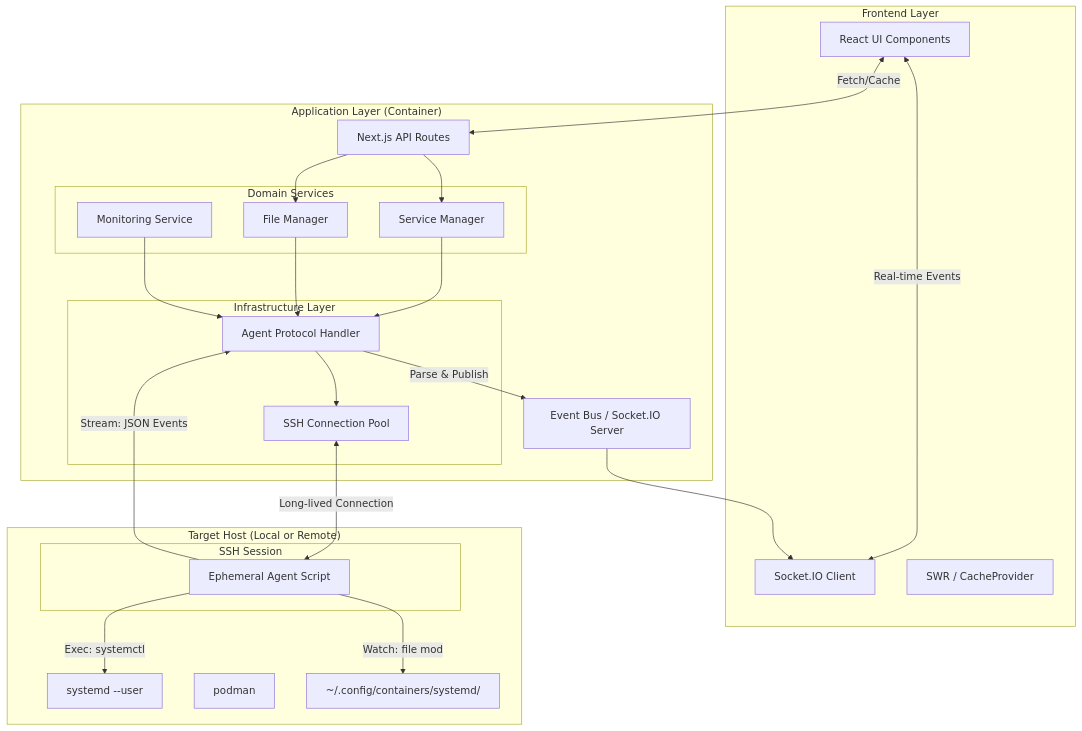
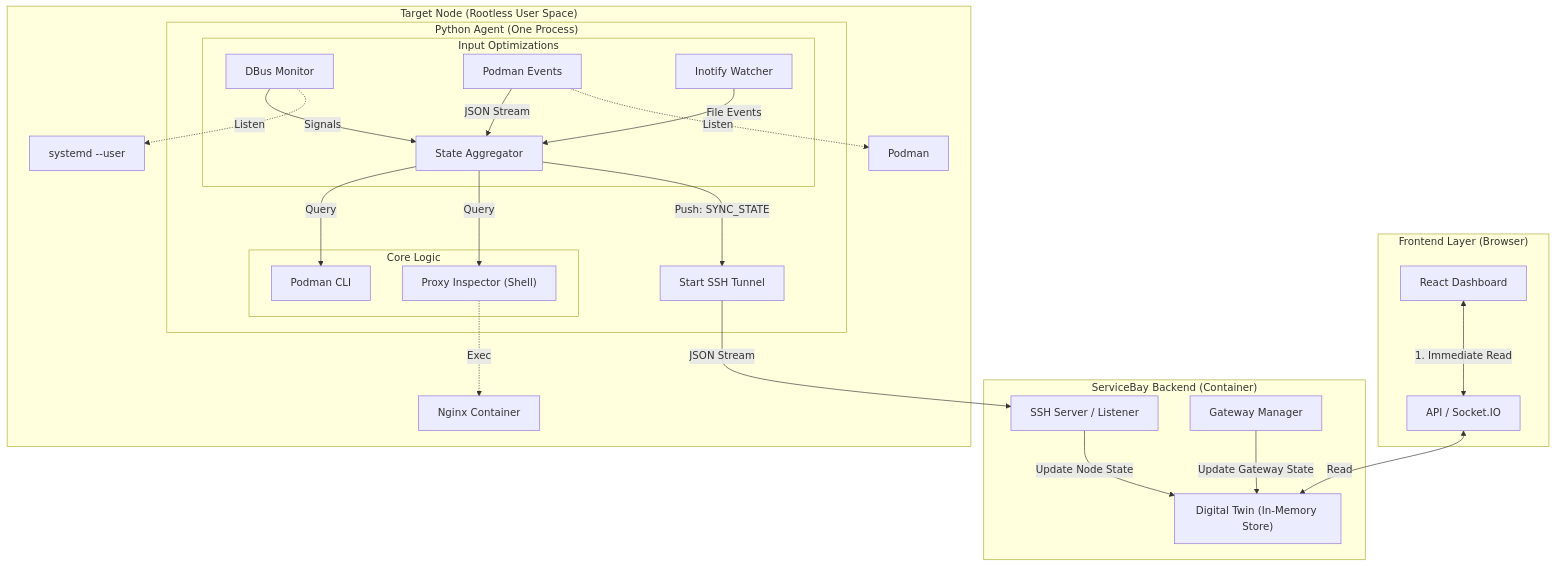
One commit to mdopp/servicebay changed the first of 2 diagrams in ARCHITECTURE.md. Above: the diagram before and after it, drawn with Mermaid. The commit also changed other lines of this file and 65 other files, not shown here.

First line of the commit message:
feat(v4.1): finalize reactive digital twin architecture

````diff
--- a/ARCHITECTURE.md
+++ b/ARCHITECTURE.md
@@ -19,52 +18,42 @@
 ```mermaid
 graph TD
-    subgraph "Frontend Layer"
-        UI[React UI Components]
-        SocketClient[Socket.IO Client]
-        Cache[SWR / CacheProvider]
+    subgraph "Frontend Layer (Browser)"
+        UI[React Dashboard]
+        API[API / Socket.IO]
+        
+        UI <-->|1. Immediate Read| API
     end
 
-    subgraph "Application Layer (Container)"
-        API[Next.js API Routes]
-        EventBus[Event Bus / Socket.IO Server]
+    subgraph "ServiceBay Backend (Container)"
+        API <-->|Read| StateStore["Digital Twin (In-Memory Store)"]
         
-        subgraph "Domain Services"
-            SvcMgr[Service Manager]
-            FileMgr[File Manager]
-            Monitor[Monitoring Service]
-        end
-
-        subgraph "Infrastructure Layer"
-            Pool[SSH Connection Pool]
-            AgentHandler[Agent Protocol Handler]
-        end
+        SSH_Server[SSH Server / Listener] -->|Update Node State| StateStore
+        GatewayPoller[Gateway Manager] -->|Update Gateway State| StateStore
     end
 
-    subgraph "Target Host (Local or Remote)"
-        subgraph "SSH Session"
-            Script[Ephemeral Agent Script]
+    subgraph "Target Node (Rootless User Space)"
+        subgraph "Python Agent (One Process)"
+            
+            subgraph "Input Optimizations"
+                Mon_DBus["DBus Monitor"] -- Signals --> Logic
+                Mon_Pod["Podman Events"] -- JSON Stream --> Logic
+                Mon_File["Inotify Watcher"] -- File Events --> Logic
+            end
+            
+            subgraph "Core Logic"
+                Logic[State Aggregator]
+                
+                Logic -->|Query| Local_Podman[Podman CLI]
+                Logic -->|Query| Native_Prox["Proxy Inspector (Shell)"]
+            end
+            
+            Logic -->|Push: SYNC_STATE| SSH_Out[Start SSH Tunnel]
         end
         
-        Systemd[systemd --user]
-        Podman[podman]
-        Files[~/.config/containers/systemd/]
+        Mon_DBus -.->|Listen| SystemdUser["systemd --user"]
+        Mon_Pod -.->|Listen| PodmanSocket["Podman"]
+        Native_Prox -.->|Exec| ProxyCont[Nginx Container]
     end
 
-    %% Data Flow
-    UI <-->|Fetch/Cache| API
-    UI <-->|Real-time Events| SocketClient
-    
-    API --> SvcMgr
-    API --> FileMgr
-    
-    SvcMgr & FileMgr & Monitor --> AgentHandler
-    AgentHandler --> Pool
-    Pool <-->|Long-lived Connection| Script
-    
-    Script -->|Stream: JSON Events| AgentHandler
-    AgentHandler -->|Parse & Publish| EventBus
-    EventBus --> SocketClient
-    
-    Script -->|Exec: systemctl| Systemd
-    Script -->|Watch: file mod| Files
+    SSH_Out -->|JSON Stream| SSH_Server
 ```
````
